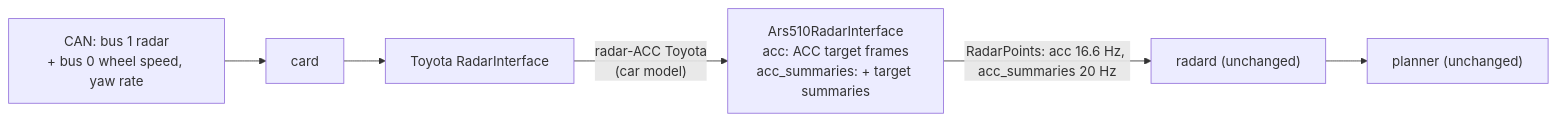
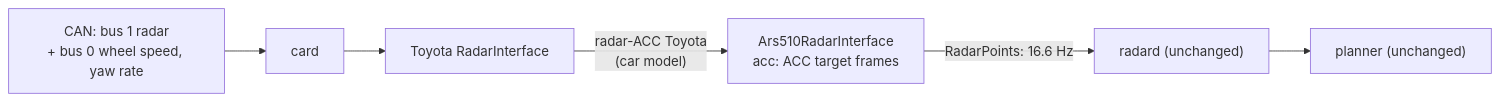
One commit to ds-sebastian/ars510-radar changed the diagram in README.md. Above: the diagram before and after it, drawn with Mermaid. The commit also changed other lines of this file and 30 other files, not shown here.

````diff
--- a/README.md
+++ b/README.md
@@ -213,6 +215,6 @@
 ```mermaid
 flowchart LR
     CAN["CAN: bus 1 radar<br/>+ bus 0 wheel speed, yaw rate"] --> card --> RI["Toyota RadarInterface"]
-    RI -- "radar-ACC Toyota<br/>(car model)" --> A["Ars510RadarInterface<br/>acc: ACC target frames<br/>acc_summaries: + target summaries"]
-    A -- "RadarPoints: acc 16.6 Hz, acc_summaries 20 Hz" --> radard["radard (unchanged)"] --> planner["planner (unchanged)"]
+    RI -- "radar-ACC Toyota<br/>(car model)" --> A["Ars510RadarInterface<br/>acc: ACC target frames"]
+    A -- "RadarPoints: 16.6 Hz" --> radard["radard (unchanged)"] --> planner["planner (unchanged)"]
 ```
````
